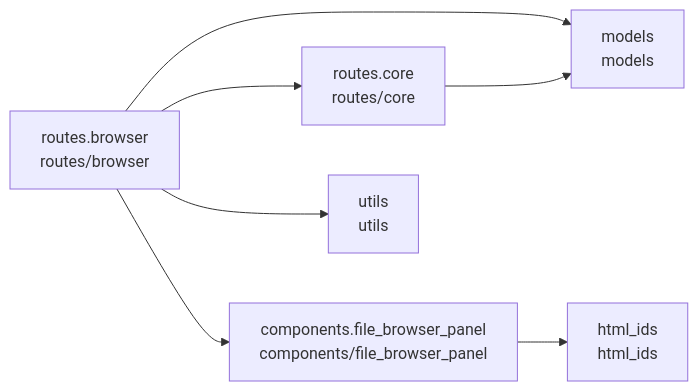
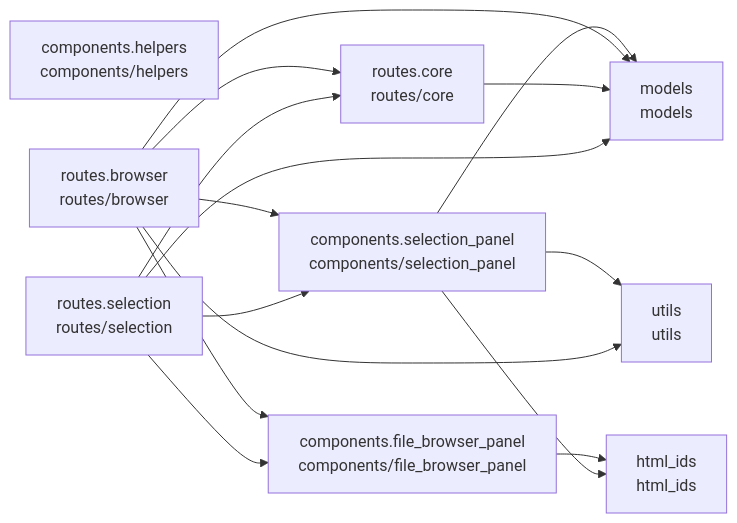
Before and after one commit to cj-mills/cjm-transcription-source-select: the diagram in README.md, drawn with Mermaid. The commit also changed other lines of this file and 11 other files, not shown here.

Commit message:
Add selection panel with remove/clear operations, OOB browser sync, and SortableJS scaffolding for Phase 3.

````diff
--- a/README.md
+++ b/README.md
@@ -28,16 +31,27 @@
 ``` mermaid
 graph LR
     components_file_browser_panel[components.file_browser_panel<br/>components/file_browser_panel]
+    components_helpers[components.helpers<br/>components/helpers]
+    components_selection_panel[components.selection_panel<br/>components/selection_panel]
     html_ids[html_ids<br/>html_ids]
     models[models<br/>models]
     routes_browser[routes.browser<br/>routes/browser]
     routes_core[routes.core<br/>routes/core]
+    routes_selection[routes.selection<br/>routes/selection]
     utils[utils<br/>utils]
 
     components_file_browser_panel --> html_ids
+    components_selection_panel --> models
+    components_selection_panel --> utils
+    components_selection_panel --> html_ids
+    routes_browser --> models
+    routes_browser --> components_selection_panel
     routes_browser --> routes_core
     routes_browser --> components_file_browser_panel
-    routes_browser --> models
     routes_browser --> utils
     routes_core --> models
+    routes_selection --> components_file_browser_panel
+    routes_selection --> models
+    routes_selection --> routes_core
+    routes_selection --> components_selection_panel
 ```
````
